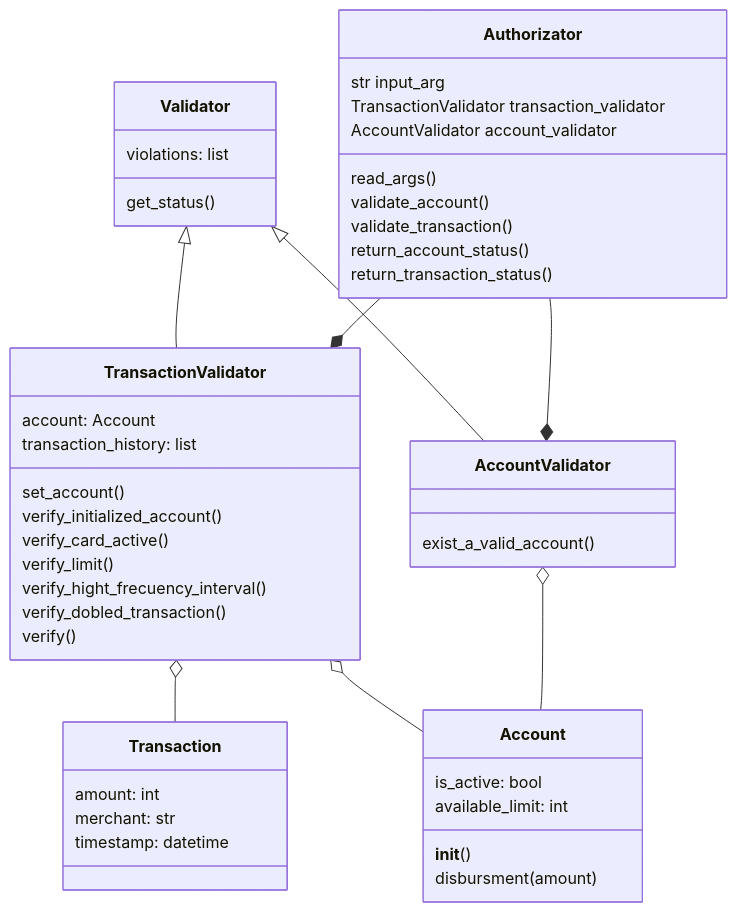
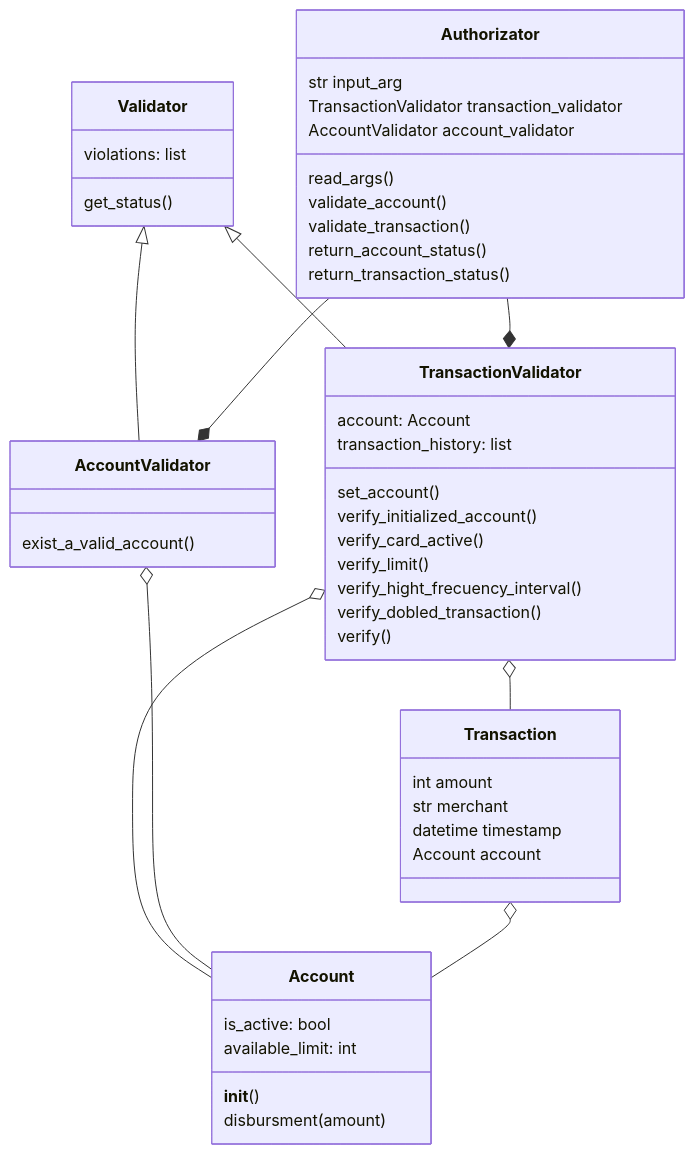
Before and after one commit to jesushl/authorizer: the second of 2 diagrams in README.md, drawn with Mermaid. The commit also changed 1 other file, not shown here.

Commit message:
Defining transaction

````diff
--- a/README.md
+++ b/README.md
@@ -69,50 +69,52 @@
 ```mermaid
     classDiagram
 class Authorizator {
   str input_arg
   TransactionValidator transaction_validator
   AccountValidator account_validator
   read_args()
   validate_account()
   validate_transaction()
   return_account_status()
   return_transaction_status()
 }
 class Validator{
     violations: list <str>
     get_status()
 }
 class AccountValidator{
     exist_a_valid_account()
 }
 class TransactionValidator{
     account: Account
     transaction_history: list<Transaction>
     set_account()
     verify_initialized_account()
     verify_card_active()
     verify_limit()
     verify_hight_frecuency_interval()
     verify_dobled_transaction()
     verify()
 
 }
 class Account{
     is_active: bool
     available_limit: int
     __init__(<json_account>)
     disbursment(amount)
 }
 class Transaction{
-    amount: int
-    merchant: str
-    timestamp: datetime
+    int amount
+    str merchant
+    datetime timestamp
+    Account account 
 }
 TransactionValidator o--Transaction
 TransactionValidator o-- Account
 AccountValidator o-- Account
+Transaction o-- Account
 Validator <|-- AccountValidator
 Validator <|-- TransactionValidator
 Authorizator --* TransactionValidator
 Authorizator --* AccountValidator
 ```
````
